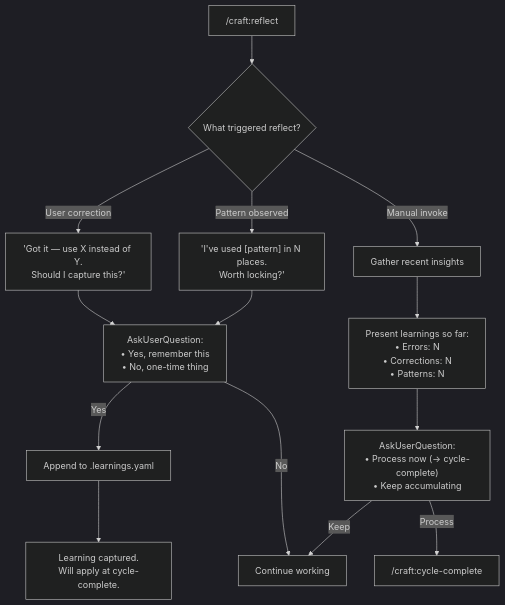
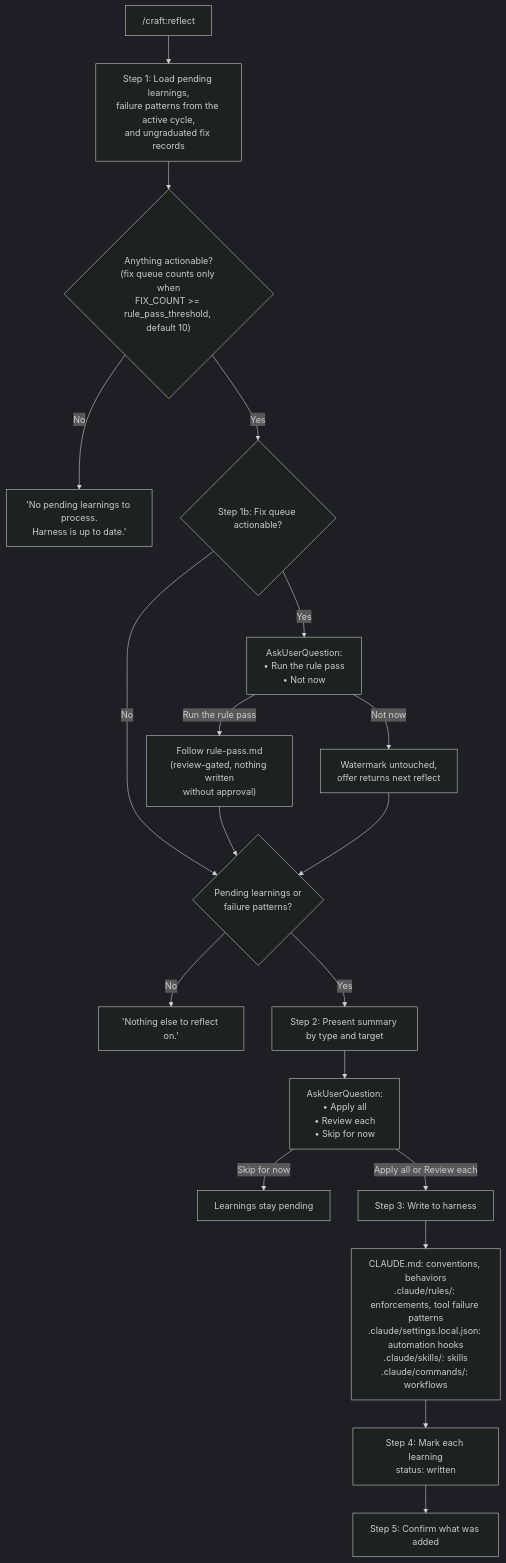
The seventh of 15 diagrams in docs/decision-tree.md (agent-memory-atlas-archive/drobins25--craft), drawn with Mermaid before and after one commit. The commit also changed other lines of this file and 3 other files, not shown here.

First line of the commit message:
docs: add an Adhoc section to the README and correct the reflect flow and creative-spark option count

````diff
--- a/docs/decision-tree.md
+++ b/docs/decision-tree.md
@@ -382,24 +384,33 @@
 ```mermaid
 %%{init: {'theme': 'dark'}}%%
 flowchart TD
-    REFLECT["/craft:reflect"] --> CONTEXT{"What triggered reflect?"}
+    REFLECT["/craft:reflect"] --> LOAD["Step 1: Load pending learnings,<br/>failure patterns from the active cycle,<br/>and ungraduated fix records"]
 
-    CONTEXT -->|User correction| CAPTURE_CORRECTION["'Got it — use X instead of Y.<br/>Should I capture this?'"]
-    CONTEXT -->|Pattern observed| CAPTURE_PATTERN["'I've used [pattern] in N places.<br/>Worth locking?'"]
-    CONTEXT -->|Manual invoke| GATHER["Gather recent insights"]
+    LOAD --> ACTIONABLE{"Anything actionable?<br/>(fix queue counts only when<br/>FIX_COUNT >= rule_pass_threshold, default 10)"}
 
-    CAPTURE_CORRECTION --> ASK_CAPTURE["AskUserQuestion:<br/>• Yes, remember this<br/>• No, one-time thing"]
-    CAPTURE_PATTERN --> ASK_CAPTURE
+    ACTIONABLE -->|No| NOTHING["'No pending learnings to process.<br/>Harness is up to date.'"]
+    ACTIONABLE -->|Yes| FIXQ{"Step 1b: Fix queue actionable?"}
 
-    ASK_CAPTURE -->|Yes| WRITE_LEARNING["Append to .learnings.yaml"]
-    ASK_CAPTURE -->|No| EXIT["Continue working"]
+    FIXQ -->|No| PENDING
+    FIXQ -->|Yes| RULEASK["AskUserQuestion:<br/>• Run the rule pass<br/>• Not now"]
 
-    GATHER --> PRESENT["Present learnings so far:<br/>• Errors: N<br/>• Corrections: N<br/>• Patterns: N"]
+    RULEASK -->|Run the rule pass| RULEPASS["Follow rule-pass.md<br/>(review-gated, nothing written<br/>without approval)"]
+    RULEASK -->|Not now| SKIPRULE["Watermark untouched,<br/>offer returns next reflect"]
 
-    PRESENT --> ASK_ACTION["AskUserQuestion:<br/>• Process now (→ cycle-complete)<br/>• Keep accumulating"]
+    RULEPASS --> PENDING{"Pending learnings or<br/>failure patterns?"}
+    SKIPRULE --> PENDING
 
-    ASK_ACTION -->|Process| ROUTE_COMPLETE["/craft:cycle-complete"]
-    ASK_ACTION -->|Keep| EXIT
+    PENDING -->|No| DONE["'Nothing else to reflect on.'"]
+    PENDING -->|Yes| SUMMARY["Step 2: Present summary by type and target"]
 
-    WRITE_LEARNING --> CONFIRM["Learning captured.<br/>Will apply at cycle-complete."]
+    SUMMARY --> ASK_APPLY["AskUserQuestion:<br/>• Apply all<br/>• Review each<br/>• Skip for now"]
+
+    ASK_APPLY -->|Skip for now| KEEP["Learnings stay pending"]
+    ASK_APPLY -->|Apply all or Review each| WRITE["Step 3: Write to harness"]
+
+    WRITE --> TARGETS["CLAUDE.md: conventions, behaviors<br/>.claude/rules/: enforcements, tool failure patterns<br/>.claude/settings.local.json: automation hooks<br/>.claude/skills/: skills<br/>.claude/commands/: workflows"]
+
+    TARGETS --> MARK["Step 4: Mark each learning<br/>status: written"]
+
+    MARK --> CONFIRM["Step 5: Confirm what was added"]
 ```
````
